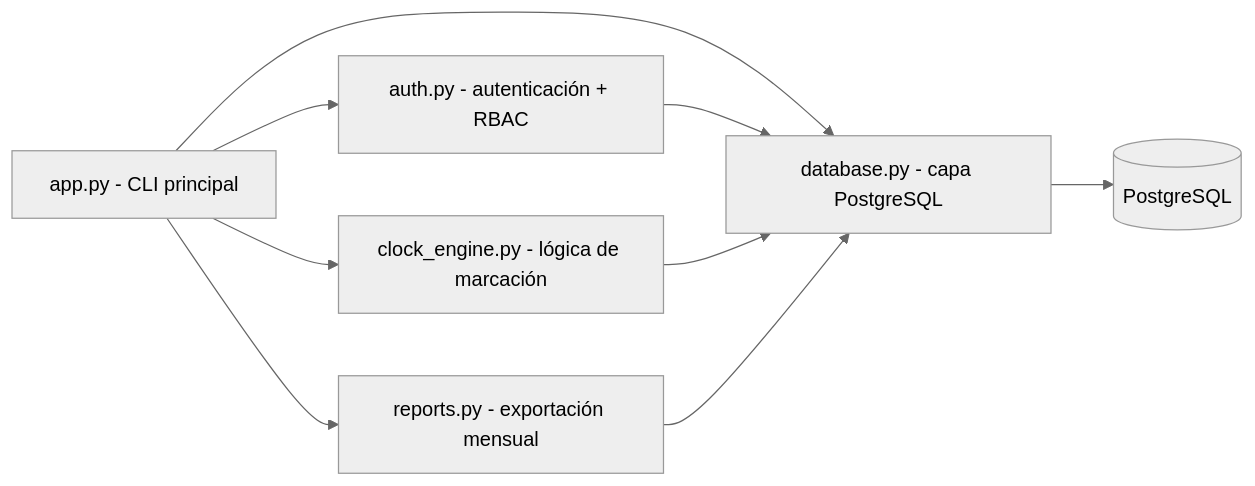
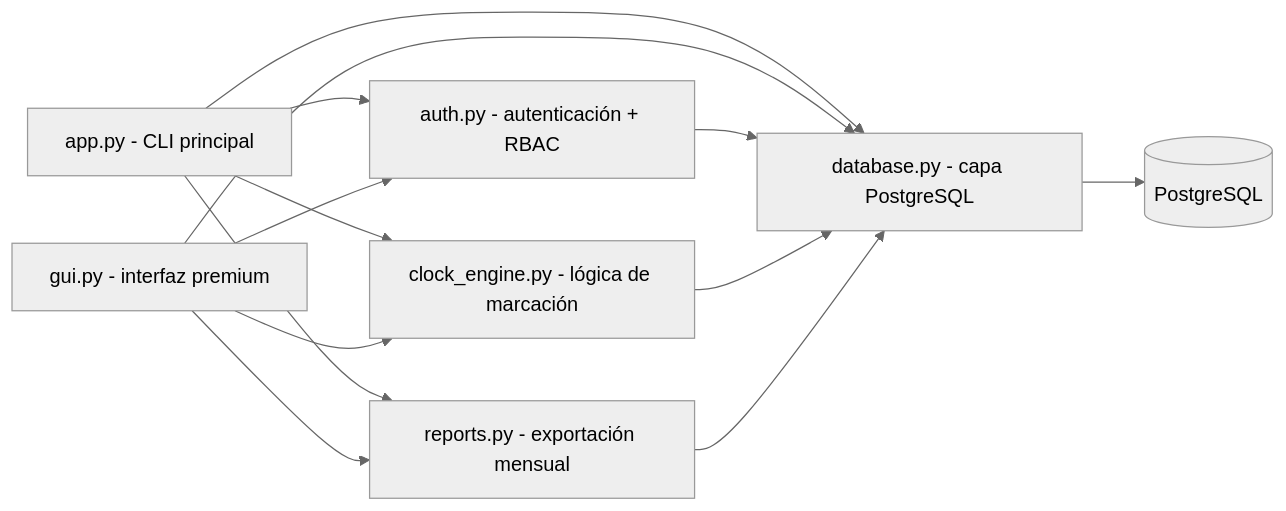
One commit to nandres/sistema-marcacion-empresarial changed the diagram in Sistema de Marcacion/Ecosistema Sistema de Marcación.md. Above: the diagram before and after it, drawn with Mermaid (neutral theme). The commit also changed other lines of this file and 1 other file, not shown here.

Commit message:
docs(ecosystem): enlazar nota Diseño de Interfaz Premium UI-UX al tejido del gráfico

````diff
--- a/Sistema de Marcacion/Ecosistema Sistema de Marcación.md
+++ b/Sistema de Marcacion/Ecosistema Sistema de Marcación.md
@@ -7,11 +7,15 @@
 ```mermaid
 flowchart LR
     CLI[app.py - CLI principal] --> DB[database.py - capa PostgreSQL]
     CLI --> AUTH[auth.py - autenticación + RBAC]
     CLI --> ENG[clock_engine.py - lógica de marcación]
     CLI --> REP[reports.py - exportación mensual]
+    GUI[gui.py - interfaz premium] --> DB
+    GUI --> AUTH
+    GUI --> ENG
+    GUI --> REP
     AUTH --> DB
     ENG --> DB
     REP --> DB
     DB --> PG[(PostgreSQL)]
 ```
````
